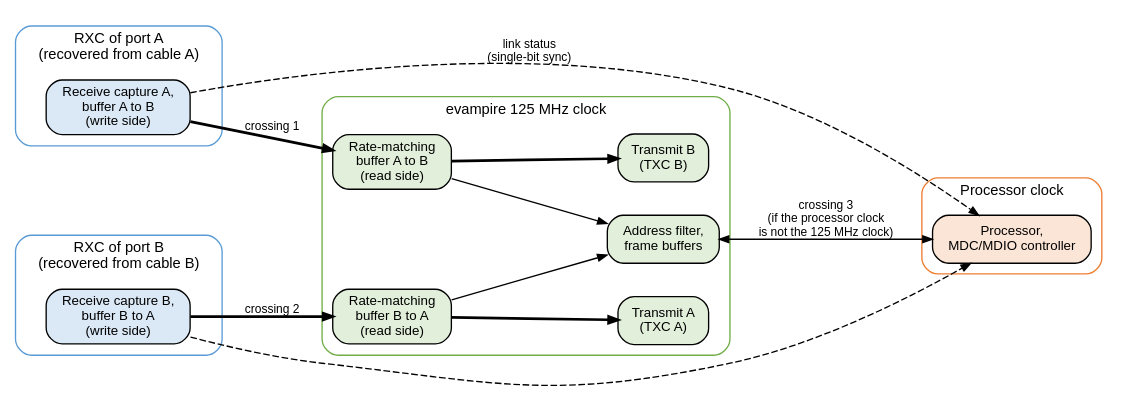
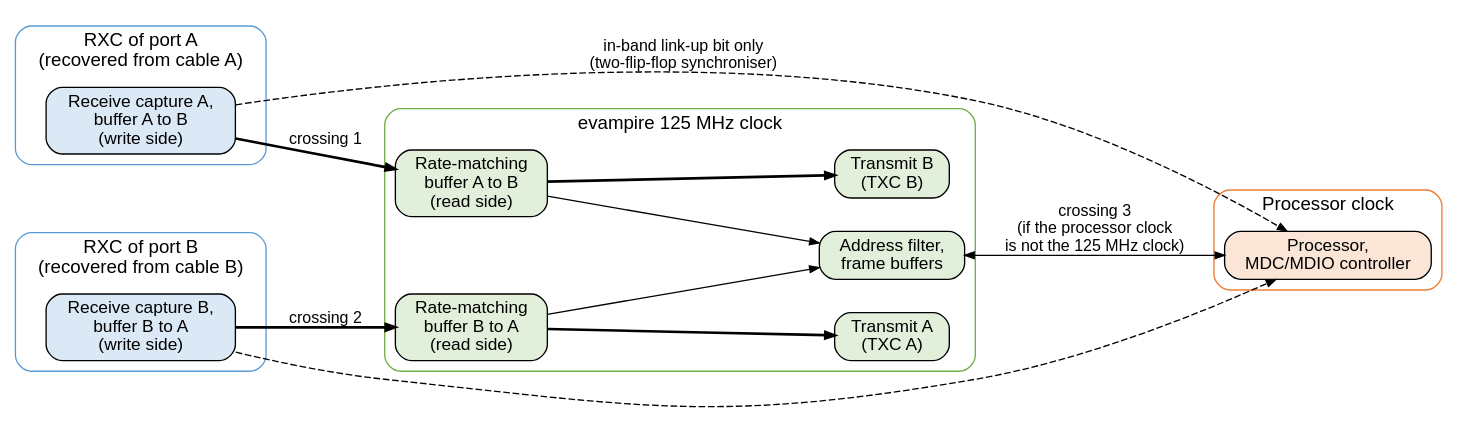
One commit to mithro/evampire changed the diagram in docs/ethernet/rgmii/clock-domains.dot. Above: the diagram before and after it, drawn with Graphviz. The commit also changed 2 other files, not shown here.

Commit message:
Show clock inputs and use larger text in RGMII diagrams
Add the clock edges to the output-stage diagram, label the link-status
crossing in the clock-domain diagram as a single synchronised bit, and
raise the font size in three diagrams.

```diff
--- a/docs/ethernet/rgmii/clock-domains.dot
+++ b/docs/ethernet/rgmii/clock-domains.dot
@@ -1,45 +1,45 @@
 // Clock domains around the two RGMII ports.
 //
 // SPDX-License-Identifier: Apache-2.0
 
 digraph clock_domains {
-    graph [rankdir=LR, fontname="Helvetica", fontsize=11, nodesep=0.35,
+    graph [rankdir=LR, fontname="Helvetica", fontsize=14, nodesep=0.35,
            ranksep=0.6, newrank=true];
     node  [shape=box, style="rounded,filled", fontname="Helvetica",
-           fontsize=10];
-    edge  [fontname="Helvetica", fontsize=9, arrowsize=0.7];
+           fontsize=13];
+    edge  [fontname="Helvetica", fontsize=12, arrowsize=0.7];
 
     subgraph cluster_rxa {
         label="RXC of port A\n(recovered from cable A)"; style="rounded";
         color="#5b9bd5";
         rxa [label="Receive capture A,\nbuffer A to B\n(write side)", fillcolor="#dbe8f5"];
     }
     subgraph cluster_rxb {
         label="RXC of port B\n(recovered from cable B)"; style="rounded";
         color="#5b9bd5";
         rxb [label="Receive capture B,\nbuffer B to A\n(write side)", fillcolor="#dbe8f5"];
     }
     subgraph cluster_core {
         label="evampire 125 MHz clock"; style="rounded"; color="#70ad47";
         fab  [label="Rate-matching\nbuffer A to B\n(read side)", fillcolor="#e2efda"];
         fba  [label="Rate-matching\nbuffer B to A\n(read side)", fillcolor="#e2efda"];
         txa  [label="Transmit A\n(TXC A)", fillcolor="#e2efda"];
         txb  [label="Transmit B\n(TXC B)", fillcolor="#e2efda"];
         filt [label="Address filter,\nframe buffers", fillcolor="#e2efda"];
     }
     subgraph cluster_cpu {
         label="Processor clock"; style="rounded"; color="#ed7d31";
         cpu  [label="Processor,\nMDC/MDIO controller", fillcolor="#fbe5d6"];
     }
 
     rxa -> fab [label="crossing 1", penwidth=2];
     rxb -> fba [label="crossing 2", penwidth=2];
     fab -> txb [penwidth=2];
     fba -> txa [penwidth=2];
     fab -> filt;
     fba -> filt;
     filt -> cpu [label="crossing 3\n(if the processor clock\nis not the 125 MHz clock)",
                  dir=both];
-    rxa -> cpu [label="link status\n(single-bit sync)", style=dashed];
+    rxa -> cpu [label="in-band link-up bit only\n(two-flip-flop synchroniser)", style=dashed];
     rxb -> cpu [style=dashed];
 }
```
